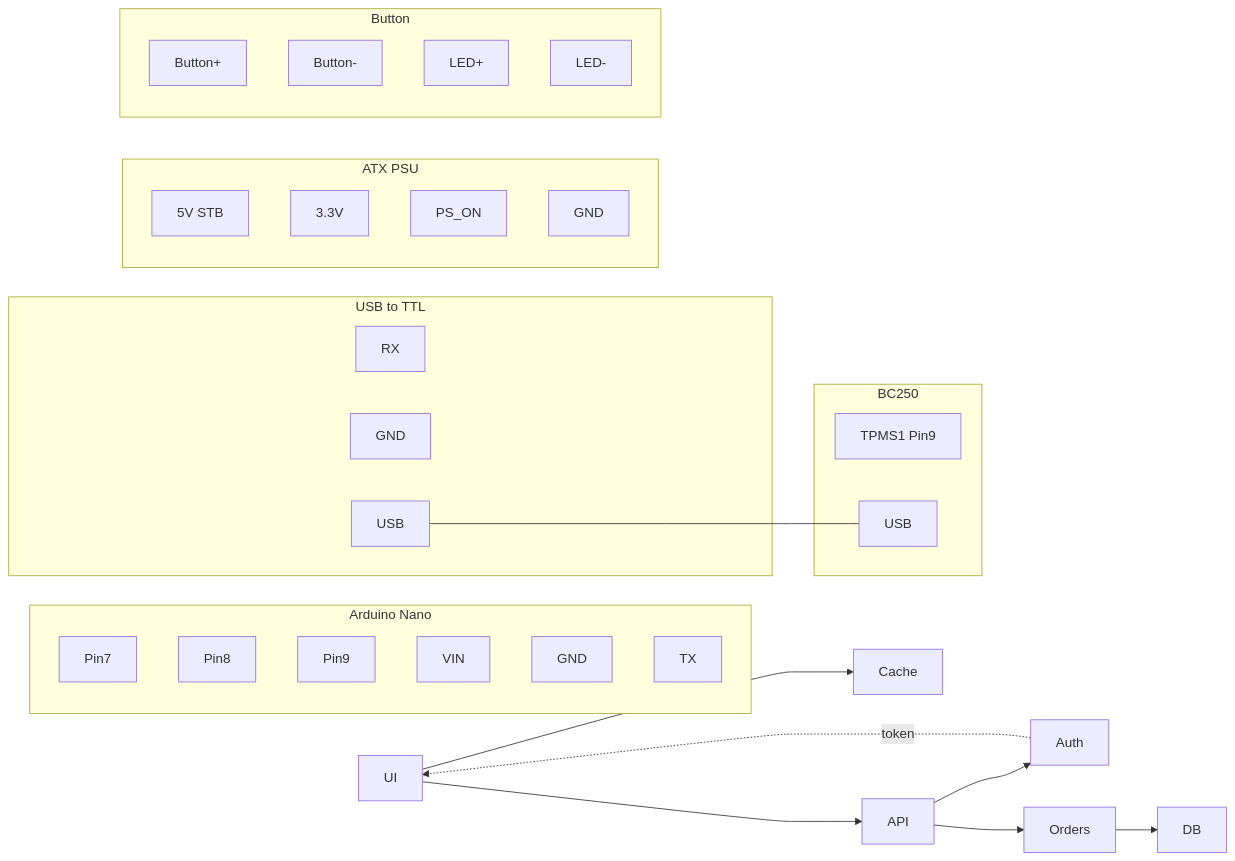
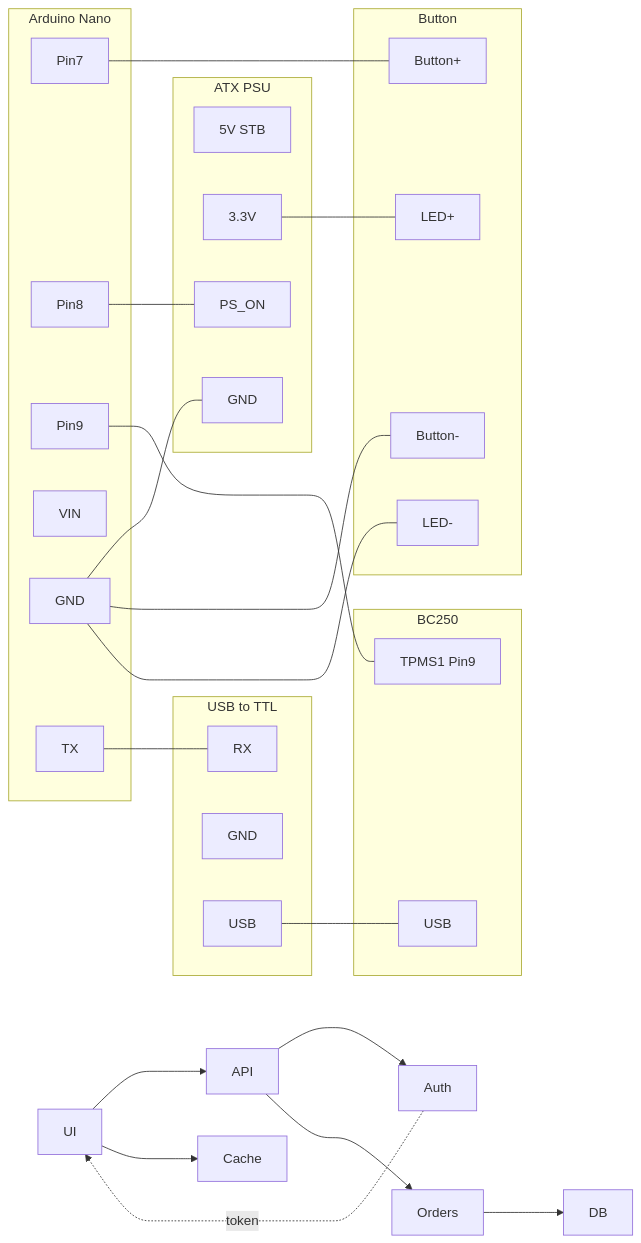
Before and after one commit to coolsolgit/BC250-ATX-PSU-Control: the second of 2 diagrams in README.md, drawn with Mermaid.

````diff
--- a/README.md
+++ b/README.md
@@ -55,39 +55,47 @@
 ```mermaid
 flowchart LR
   subgraph Arduino Nano
     P7[Pin7]
     P8[Pin8]
     P9[Pin9]
     VIN[VIN]
     AGND[GND]
     TX[TX]
   end
   subgraph USB to TTL
     RX[RX]
     UGND[GND]
     UUSB[USB]
   end
   subgraph ATX PSU
     5V[5V STB]
     3.3V[3.3V]
     PS_ON[PS_ON]
-    GND[GND]
+    PGND[GND]
   end
   subgraph Button
     BTN1[Button+]
     BTN2[Button-]
     LED1[LED+]
     LED2[LED-]
   end
   subgraph BC250
     TPMS[TPMS1 Pin9]
     BUSB[USB]
   end
   UUSB --- BUSB
+  TX --- RX
+P7 --- BTN1
+P8 --- PS_ON
+P9 --- TPMS
+AGND --- PGND
+AGND --- BTN2
+AGND --- LED2
+3.3V --- LED1
   UI --> API
   UI --> Cache
   API --> Auth
   API --> Orders
   Orders --> DB
   Auth -. token .-> UI
 ```
````
